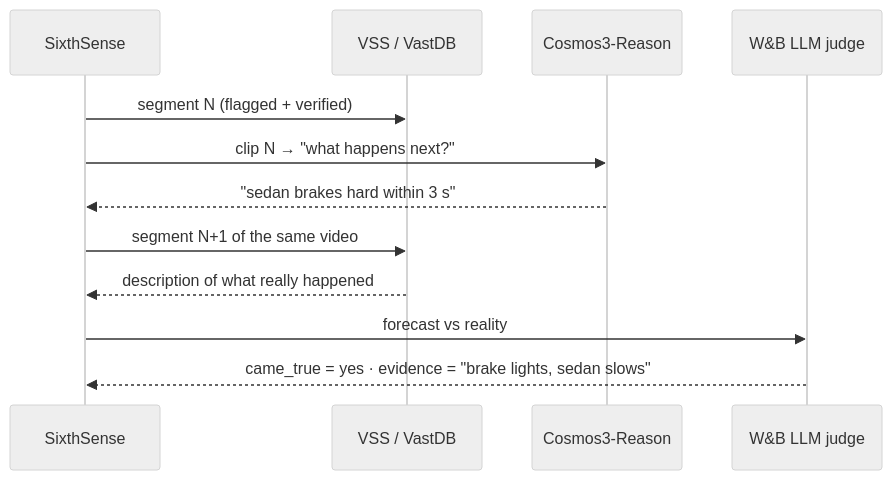
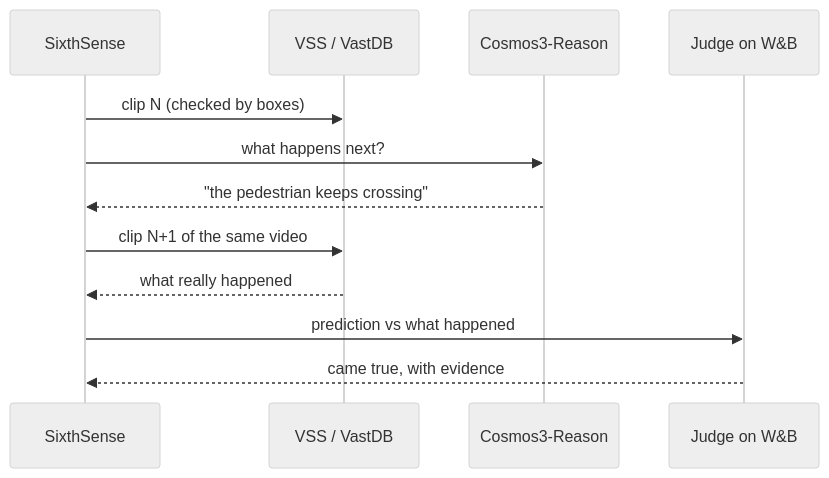
One commit to Dinesh-Sunny/sixthsense changed the second of 2 diagrams in README.md. Above: the diagram before and after it, drawn with Mermaid (neutral theme). The commit also changed other lines of this file, not shown here.

````diff
--- a/README.md
+++ b/README.md
@@ -126,14 +120,14 @@
 ```mermaid
 sequenceDiagram
     participant S as SixthSense
     participant V as VSS / VastDB
     participant C as Cosmos3-Reason
-    participant J as W&B LLM judge
-    S->>V: segment N (flagged + verified)
-    S->>C: clip N → "what happens next?"
-    C-->>S: "sedan brakes hard within 3 s"
-    S->>V: segment N+1 of the same video
-    V-->>S: description of what really happened
-    S->>J: forecast vs reality
-    J-->>S: came_true = yes · evidence = "brake lights, sedan slows"
+    participant J as Judge on W&B
+    S->>V: clip N (checked by boxes)
+    S->>C: what happens next?
+    C-->>S: "the pedestrian keeps crossing"
+    S->>V: clip N+1 of the same video
+    V-->>S: what really happened
+    S->>J: prediction vs what happened
+    J-->>S: came true, with evidence
 ```
````
